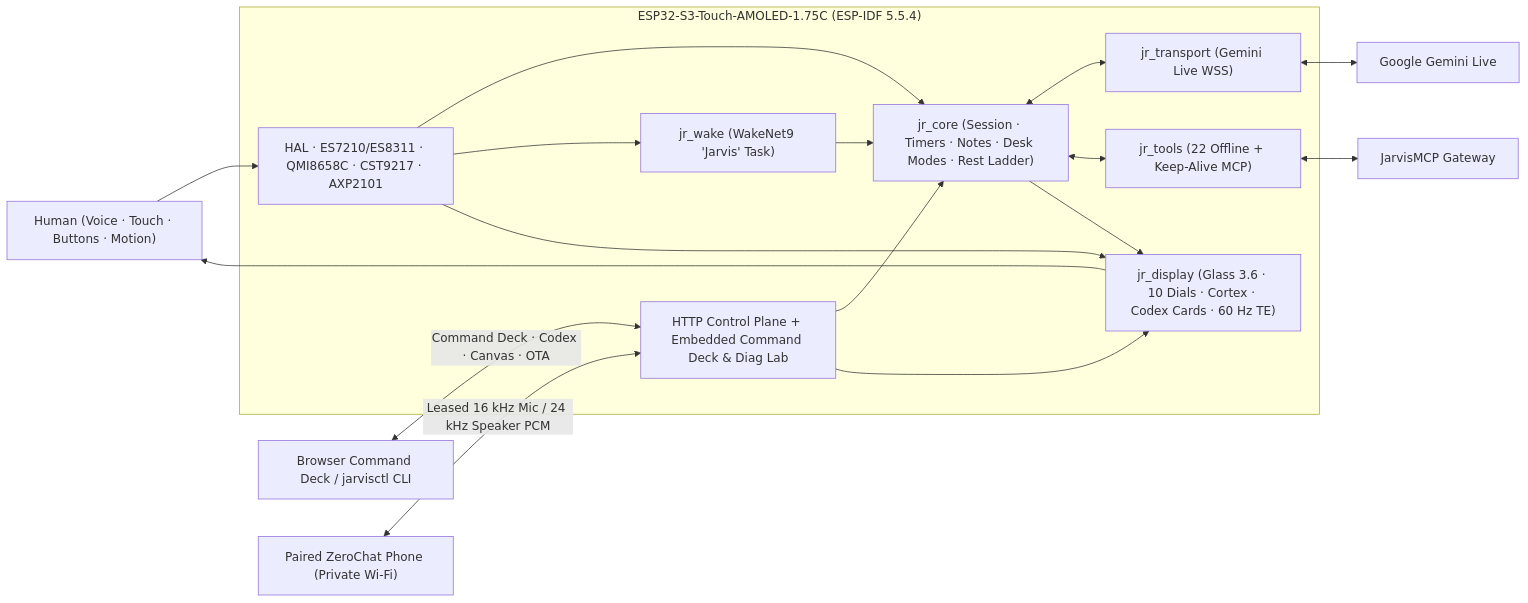
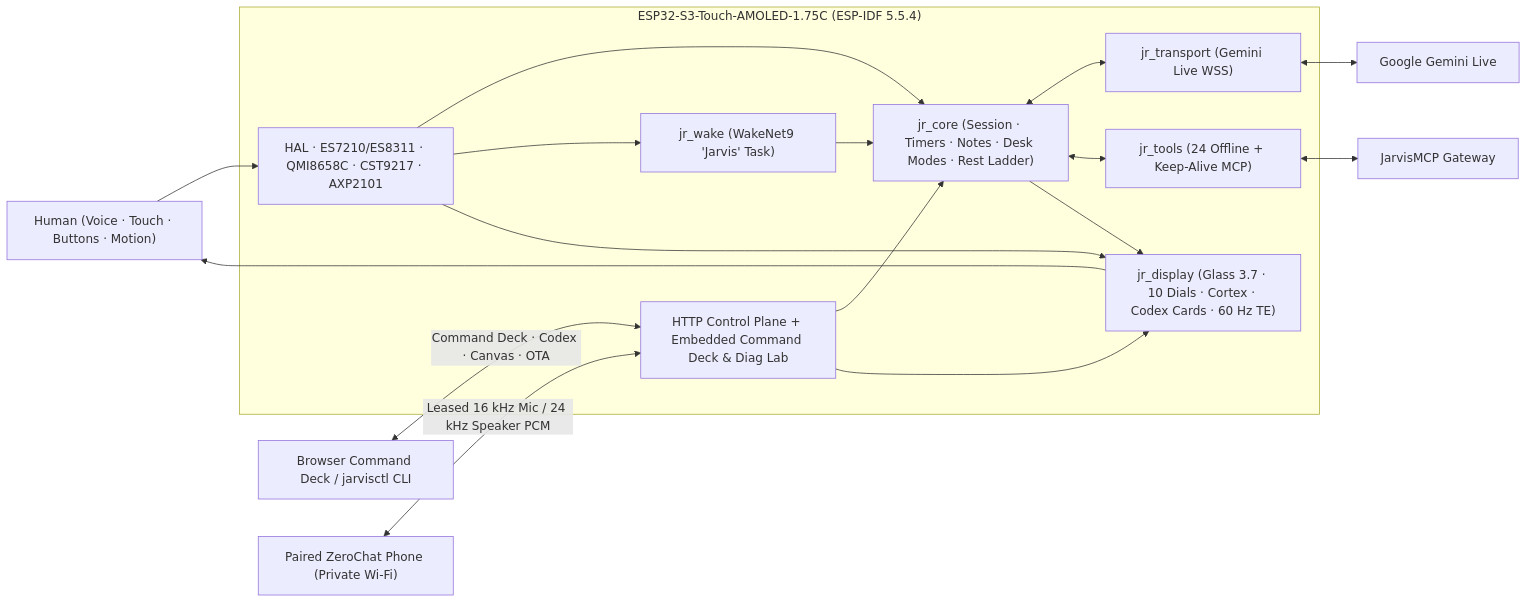
The first of 3 diagrams in README.md (PascalAI2024/JarvisNano), drawn with Mermaid before and after one commit. The commit also changed other lines of this file, not shown here.

First line of the commit message:
docs: refresh README for Glass 3.7 (#9)

````diff
--- a/README.md
+++ b/README.md
@@ -102,30 +103,30 @@
 ```mermaid
 flowchart LR
     Human["Human (Voice · Touch · Buttons · Motion)"]
 
     subgraph Device["ESP32-S3-Touch-AMOLED-1.75C (ESP-IDF 5.5.4)"]
         Sensors["HAL · ES7210/ES8311 · QMI8658C · CST9217 · AXP2101"]
         Core["jr_core (Session · Timers · Notes · Desk Modes · Rest Ladder)"]
         Wake["jr_wake (WakeNet9 'Jarvis' Task)"]
         Transport["jr_transport (Gemini Live WSS)"]
-        Tools["jr_tools (22 Offline + Keep-Alive MCP)"]
-        Glass["jr_display (Glass 3.6 · 10 Dials · Cortex · Codex Cards · 60 Hz TE)"]
+        Tools["jr_tools (24 Offline + Keep-Alive MCP)"]
+        Glass["jr_display (Glass 3.7 · 10 Dials · Cortex · Codex Cards · 60 Hz TE)"]
         HTTP["HTTP Control Plane + Embedded Command Deck & Diag Lab"]
     end
 
     Gemini["Google Gemini Live"]
     MCP["JarvisMCP Gateway"]
     Deck["Browser Command Deck / jarvisctl CLI"]
     ZeroChat["Paired ZeroChat Phone (Private Wi-Fi)"]
 
     Human --> Sensors --> Core
     Sensors --> Wake --> Core
     Core <--> Transport <--> Gemini
     Core <--> Tools <--> MCP
     Core --> Glass --> Human
     Sensors --> Glass
     Deck <-->|"Command Deck · Codex · Canvas · OTA"| HTTP
     ZeroChat <-->|"Leased 16 kHz Mic / 24 kHz Speaker PCM"| HTTP
     HTTP --> Core
     HTTP --> Glass
 ```
````
